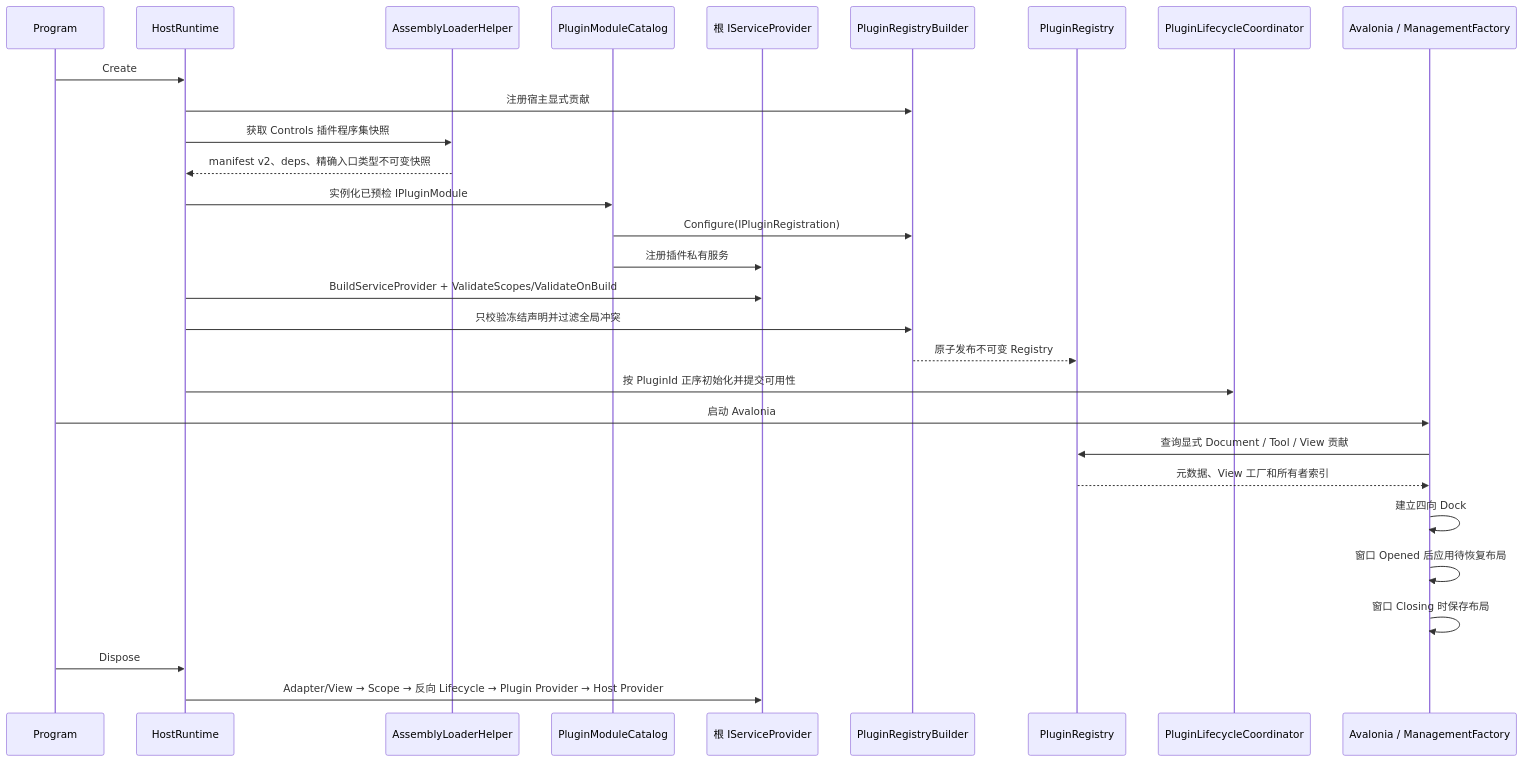
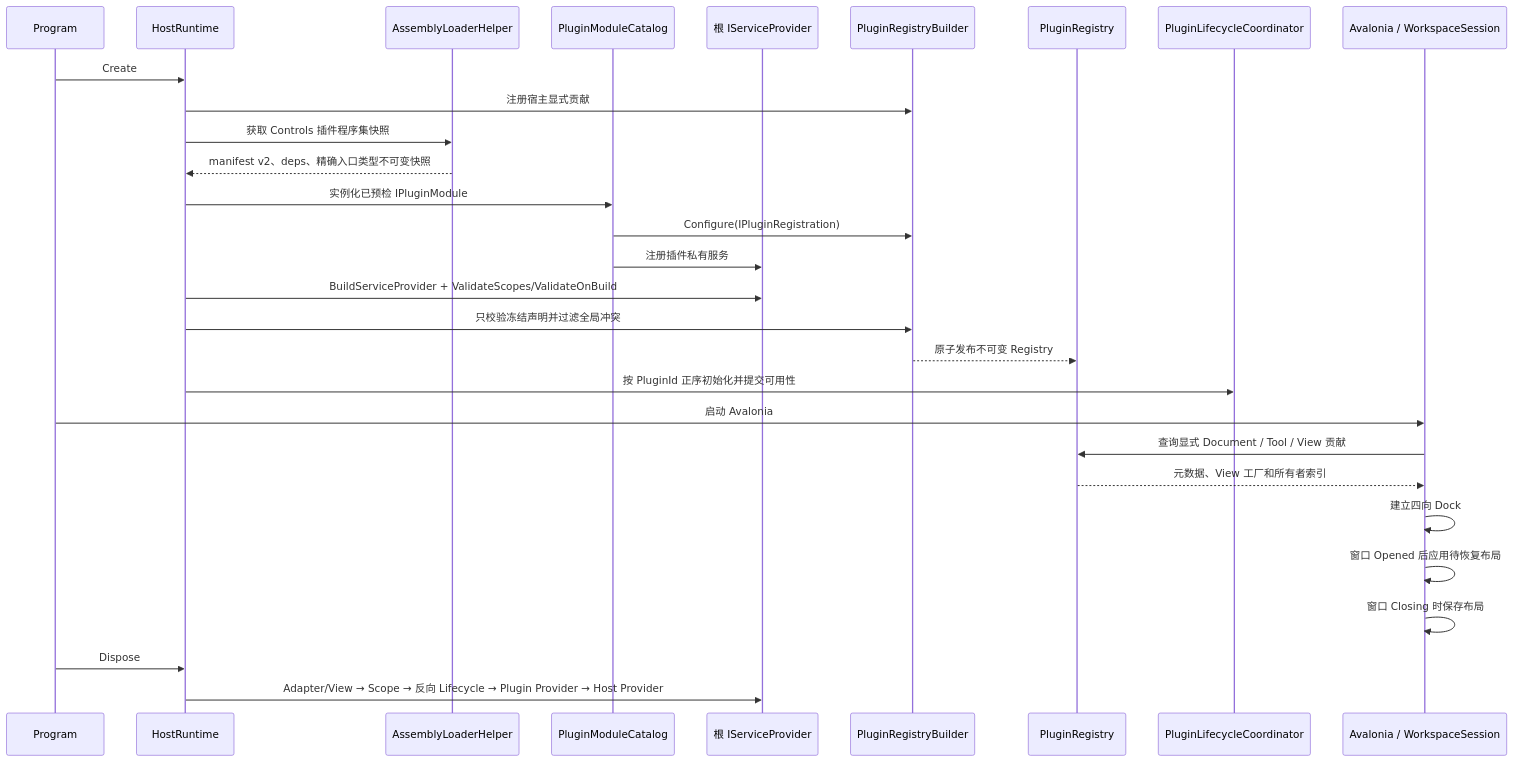
Before and after one commit to crownclowngx/avalonia_dock_simple_test: the second of 5 diagrams in docs/design/host-plugin-architecture-review.md, drawn with Mermaid. The commit also changed other lines of this file and 56 other files, not shown here.

````diff
--- a/docs/design/host-plugin-architecture-review.md
+++ b/docs/design/host-plugin-architecture-review.md
@@ -77,32 +78,32 @@
 ```mermaid
 sequenceDiagram
     participant P as Program
     participant R as HostRuntime
     participant L as AssemblyLoaderHelper
     participant C as PluginModuleCatalog
     participant DI as 根 IServiceProvider
     participant B as PluginRegistryBuilder
     participant E as PluginRegistry
     participant LM as PluginLifecycleCoordinator
-    participant UI as Avalonia / ManagementFactory
+    participant UI as Avalonia / WorkspaceSession
 
     P->>R: Create
     R->>B: 注册宿主显式贡献
     R->>L: 获取 Controls 插件程序集快照
     L-->>R: manifest v2、deps、精确入口类型不可变快照
     R->>C: 实例化已预检 IPluginModule
     C->>B: Configure(IPluginRegistration)
     C->>DI: 注册插件私有服务
     R->>DI: BuildServiceProvider + ValidateScopes/ValidateOnBuild
     R->>B: 只校验冻结声明并过滤全局冲突
     B-->>E: 原子发布不可变 Registry
     R->>LM: 按 PluginId 正序初始化并提交可用性
     P->>UI: 启动 Avalonia
     UI->>E: 查询显式 Document / Tool / View 贡献
     E-->>UI: 元数据、View 工厂和所有者索引
     UI->>UI: 建立四向 Dock
     UI->>UI: 窗口 Opened 后应用待恢复布局
     UI->>UI: 窗口 Closing 时保存布局
     P->>R: Dispose
     R->>DI: Adapter/View → Scope → 反向 Lifecycle → Plugin Provider → Host Provider
 ```
````
